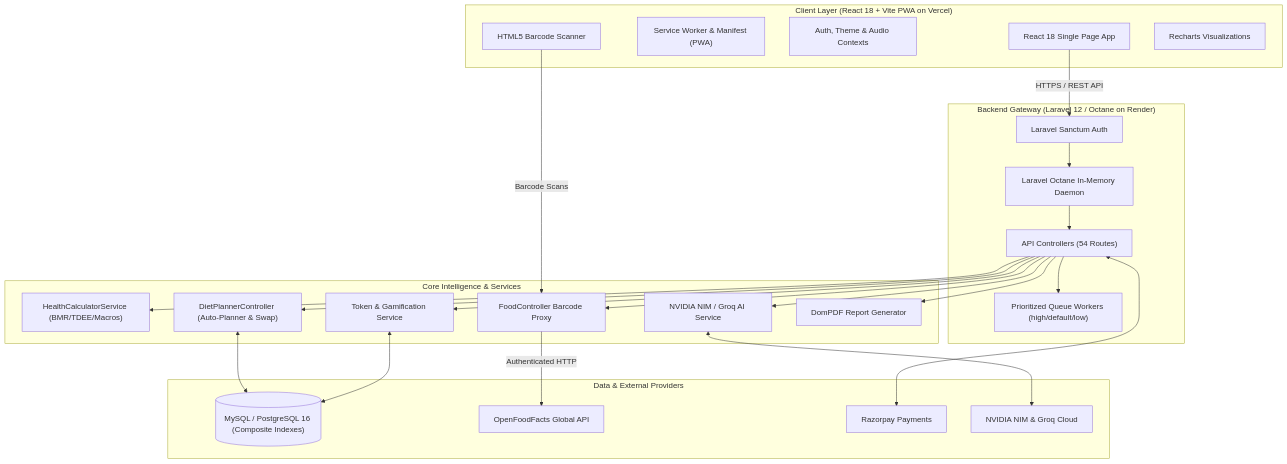
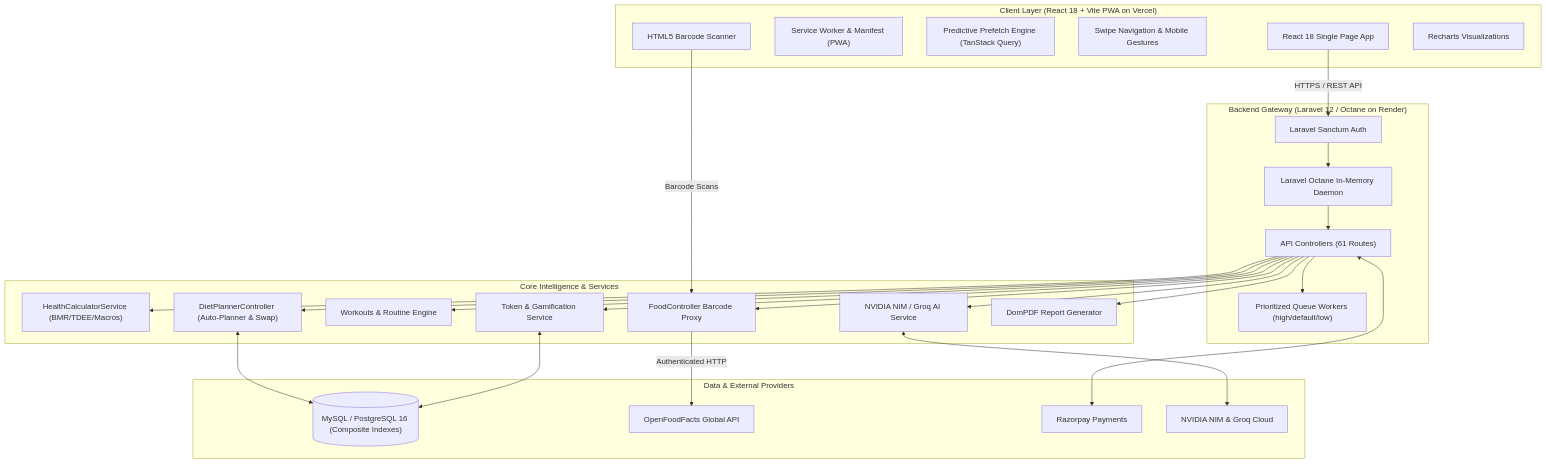
Before and after one commit to Ankit8810770036/D-N: the diagram in README.md, drawn with Mermaid. The commit also changed other lines of this file and 1 other file, not shown here.

Commit message:
docs: update README.md and PROJECT_OVERVIEW.md with current features, workouts engine, prefetch architecture, and resilience metrics

````diff
--- a/README.md
+++ b/README.md
@@ -84,52 +90,55 @@
 ```mermaid
 flowchart TD
     subgraph ClientLayer ["Client Layer (React 18 + Vite PWA on Vercel)"]
         SPA["React 18 Single Page App"]
         PWA["Service Worker & Manifest (PWA)"]
-        Contexts["Auth, Theme & Audio Contexts"]
+        Prefetch["Predictive Prefetch Engine (TanStack Query)"]
+        Gestures["Swipe Navigation & Mobile Gestures"]
         Scanner["HTML5 Barcode Scanner"]
         Charts["Recharts Visualizations"]
     end
 
     subgraph APIGateway ["Backend Gateway (Laravel 12 / Octane on Render)"]
         Sanctum["Laravel Sanctum Auth"]
         Octane["Laravel Octane In-Memory Daemon"]
         Queues["Prioritized Queue Workers (high/default/low)"]
-        Controllers["API Controllers (54 Routes)"]
+        Controllers["API Controllers (61 Routes)"]
     end
 
     subgraph ServicesLayer ["Core Intelligence & Services"]
         CalcEngine["HealthCalculatorService (BMR/TDEE/Macros)"]
         MealEngine["DietPlannerController (Auto-Planner & Swap)"]
+        WorkoutEngine["Workouts & Routine Engine"]
         BarcodeProxy["FoodController Barcode Proxy"]
         TokenService["Token & Gamification Service"]
         AIService["NVIDIA NIM / Groq AI Service"]
         PDFService["DomPDF Report Generator"]
     end
 
     subgraph DataLayer ["Data & External Providers"]
         Database[("MySQL / PostgreSQL 16 (Composite Indexes)")]
         OpenFoodFacts["OpenFoodFacts Global API"]
         Razorpay["Razorpay Payments"]
         AICloud["NVIDIA NIM & Groq Cloud"]
     end
 
     SPA -->|HTTPS / REST API| Sanctum
     Scanner -->|Barcode Scans| BarcodeProxy
     Sanctum --> Octane
     Octane --> Controllers
     Controllers --> Queues
 
     Controllers --> CalcEngine
     Controllers --> MealEngine
+    Controllers --> WorkoutEngine
     Controllers --> BarcodeProxy
     Controllers --> TokenService
     Controllers --> AIService
     Controllers --> PDFService
 
     MealEngine <--> Database
     TokenService <--> Database
     BarcodeProxy -->|Authenticated HTTP| OpenFoodFacts
     AIService <--> AICloud
     Controllers <--> Razorpay
 ```
````
